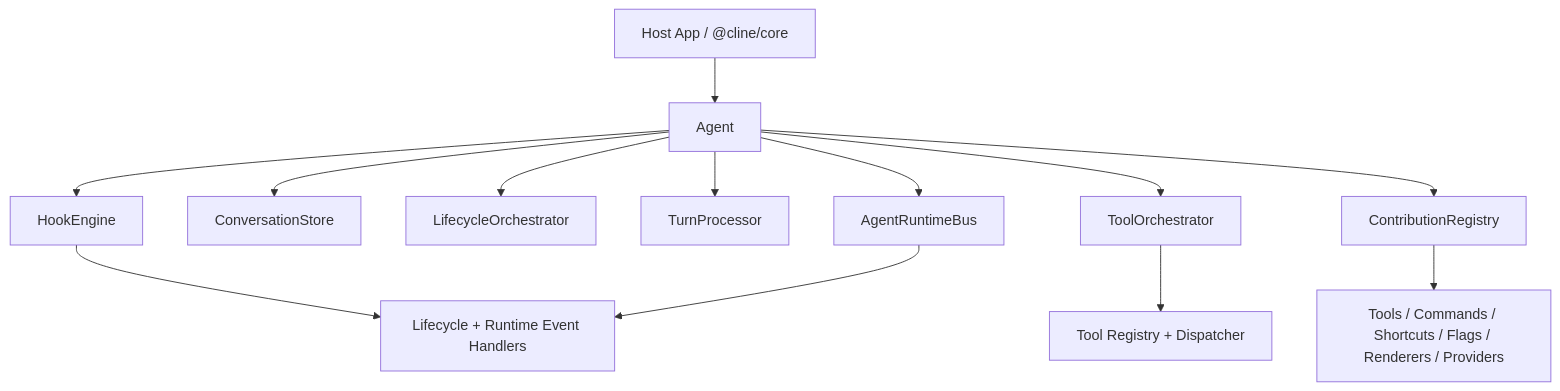
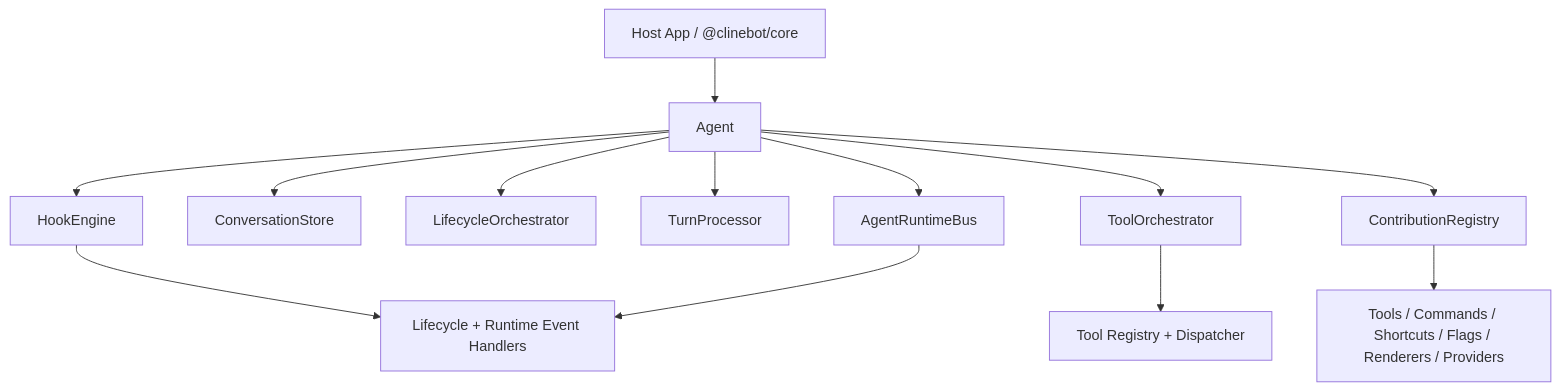
The third of 3 diagrams in sdk/ARCHITECTURE.md (Dastan-Prince/cline-cn), drawn with Mermaid before and after one commit. The commit also changed other lines of this file and 244 other files, not shown here.

Commit message:
refactor: update package names to @clinebot from @cline

````diff
--- a/sdk/ARCHITECTURE.md
+++ b/sdk/ARCHITECTURE.md
@@ -201,16 +201,16 @@
 ```mermaid
 flowchart TD
-  Host["Host App / @cline/core"] --> Agent["Agent"]
+  Host["Host App / @clinebot/core"] --> Agent["Agent"]
   Agent --> Bus["AgentRuntimeBus"]
   Agent --> Conversation["ConversationStore"]
   Agent --> LifecycleOrchestrator["LifecycleOrchestrator"]
   Agent --> TurnProcessor["TurnProcessor"]
   Agent --> ToolOrchestrator["ToolOrchestrator"]
   Agent --> Registry["ContributionRegistry"]
   Agent --> Hooks["HookEngine"]
   ToolOrchestrator --> Tools["Tool Registry + Dispatcher"]
 
   Registry --> Contributions["Tools / Commands / Shortcuts / Flags / Renderers / Providers"]
   Hooks --> Lifecycle["Lifecycle + Runtime Event Handlers"]
   Bus --> Lifecycle
 ```
````
